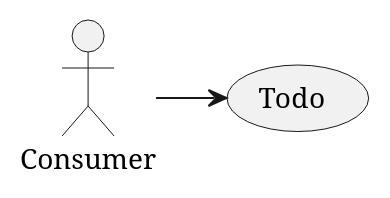
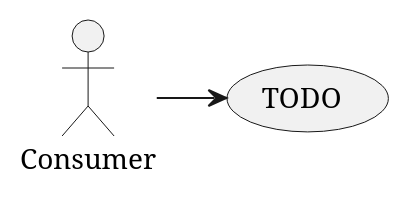
One commit to EciStg/order-placement changed the third of 6 diagrams in overview.org. Above: the diagram before and after it, drawn with PlantUML. The commit also changed other lines of this file and 1 other file, not shown here.

Commit message:
overview : added in some text describing codes and references to resources. the XML stuff is from an old copy, will update it with the new copy once we have the other schemas fixed and updated.

```diff
--- a/overview.org
+++ b/overview.org
@@ -30,5 +31,5 @@
 #+BEGIN_SRC plantuml :file ./images/consumer-usecases.puml.png :exports results
 @startuml sequence-buyer2seller.png
-Consumer -> (Todo)
+Consumer -> (TODO)
 @enduml
 #+END_SRC
```
